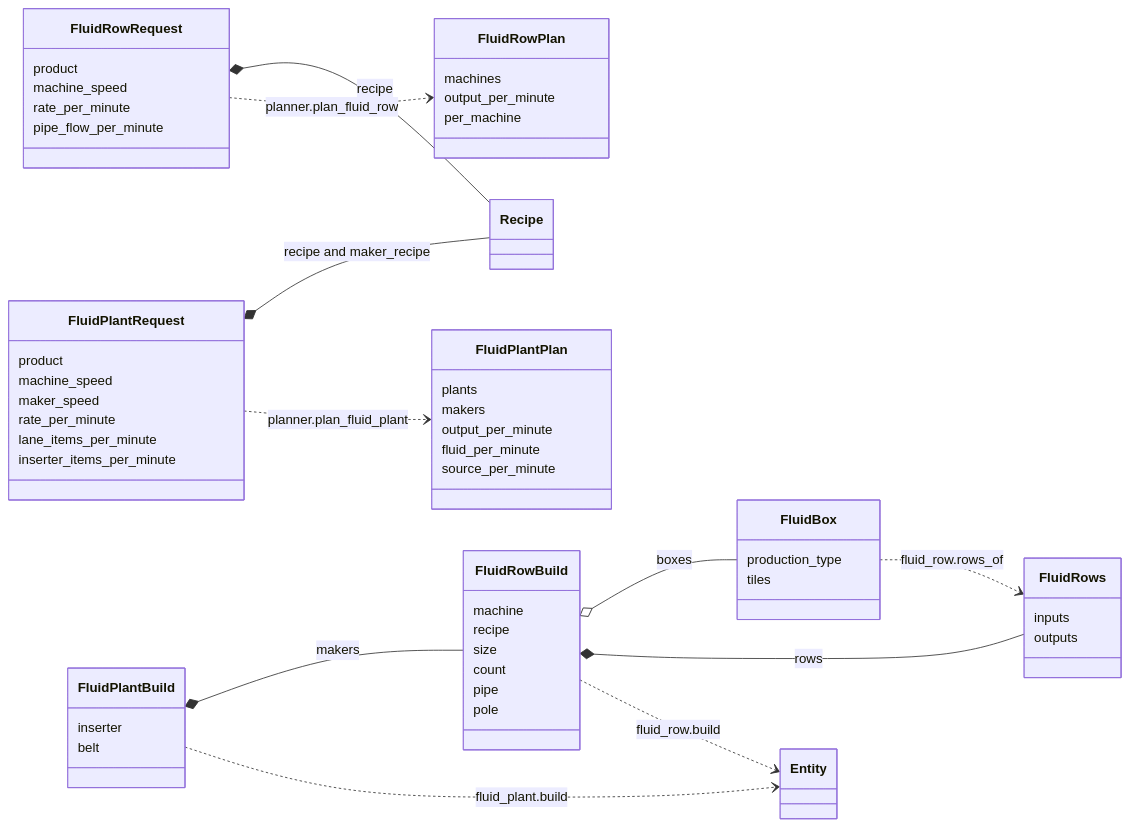
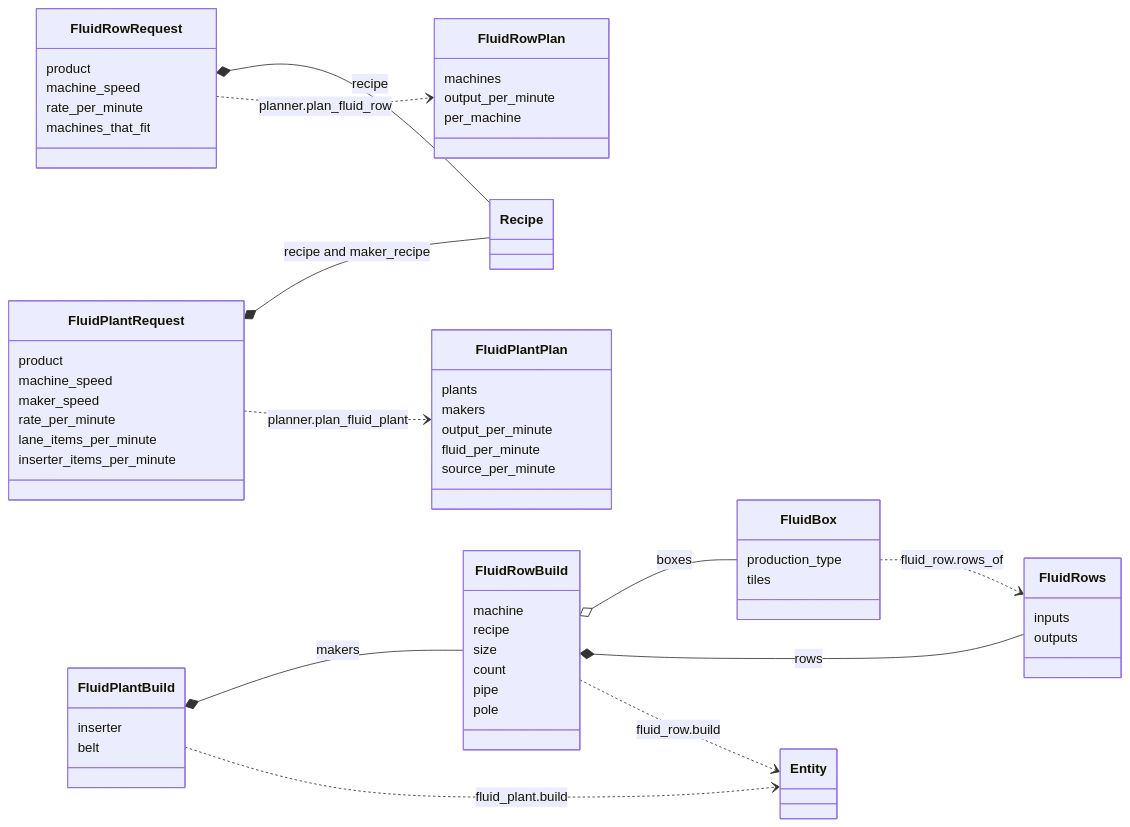
The sixth of 6 diagrams in TYPES.md (RibbonedAce/factorio-blueprint-generation), drawn with Mermaid before and after one commit. The commit also changed 9 other files, not shown here.

First line of the commit message:
Limit a row of fluid machines by the length of a pipeline, not a made-up flow

````diff
--- a/TYPES.md
+++ b/TYPES.md
@@ -504,63 +504,63 @@
 ```mermaid
 classDiagram
   direction LR
 
   class FluidBox {
     production_type
     tiles
   }
   class FluidRows {
     inputs
     outputs
   }
   class FluidRowRequest {
     product
     machine_speed
     rate_per_minute
-    pipe_flow_per_minute
+    machines_that_fit
   }
   class FluidRowPlan {
     machines
     output_per_minute
     per_machine
   }
   class FluidRowBuild {
     machine
     recipe
     size
     count
     pipe
     pole
   }
 
   class FluidPlantRequest {
     product
     machine_speed
     maker_speed
     rate_per_minute
     lane_items_per_minute
     inserter_items_per_minute
   }
   class FluidPlantPlan {
     plants
     makers
     output_per_minute
     fluid_per_minute
     source_per_minute
   }
   class FluidPlantBuild {
     inserter
     belt
   }
 
   FluidRowRequest *-- Recipe : recipe
   FluidPlantRequest *-- Recipe : recipe and maker_recipe
   FluidPlantRequest ..> FluidPlantPlan : planner.plan_fluid_plant
   FluidPlantBuild *-- FluidRowBuild : makers
   FluidPlantBuild ..> Entity : fluid_plant.build
   FluidRowRequest ..> FluidRowPlan : planner.plan_fluid_row
   FluidBox ..> FluidRows : fluid_row.rows_of
   FluidRowBuild o-- FluidBox : boxes
   FluidRowBuild *-- FluidRows : rows
   FluidRowBuild ..> Entity : fluid_row.build
 ```
````
